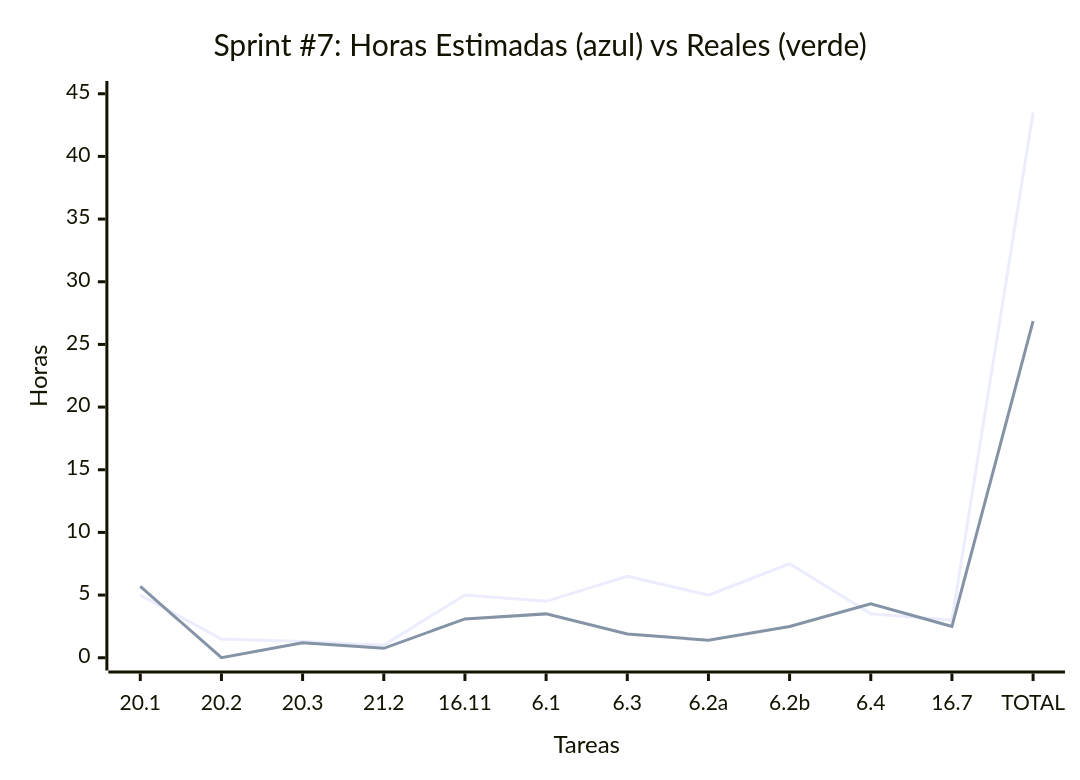
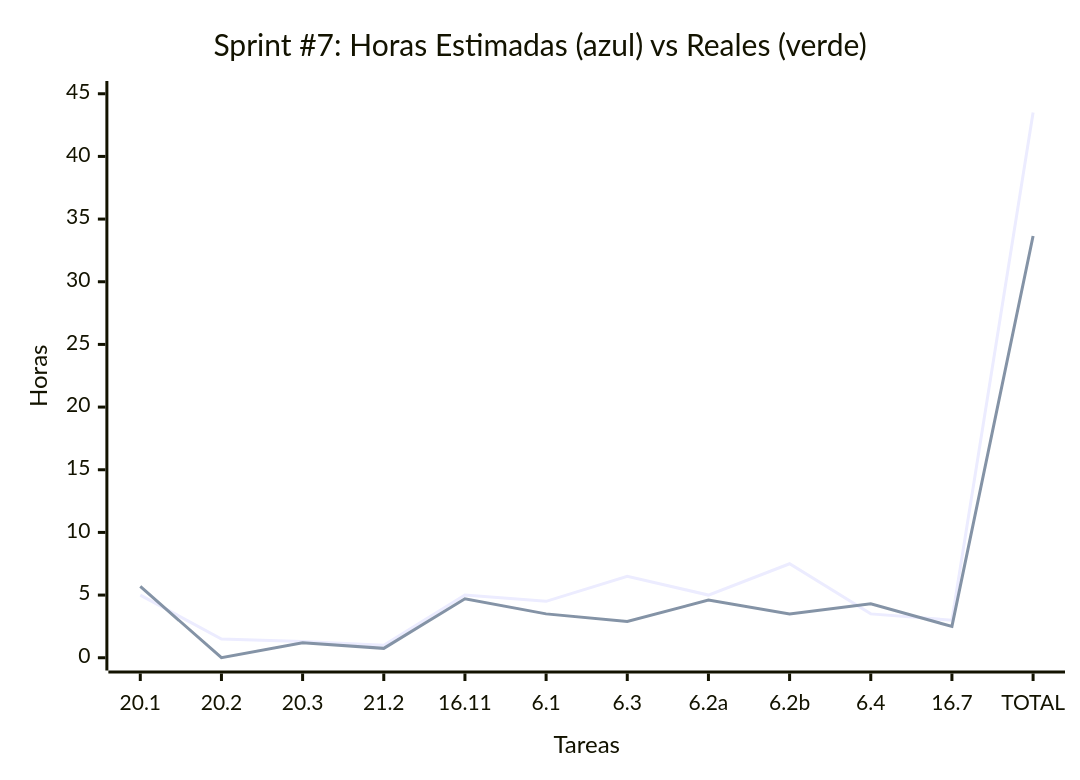
Before and after one commit to MarkMed/FleetMan: the seventh of 7 diagrams in docs/SprintsPlanning.md, drawn with Mermaid. The commit also changed other lines of this file, not shown here.

````diff
--- a/docs/SprintsPlanning.md
+++ b/docs/SprintsPlanning.md
@@ -306,12 +306,12 @@
 ```mermaid
 xychart-beta
     title "Sprint #7: Horas Estimadas (azul) vs Reales (verde)"
     x-axis "Tareas" ["20.1", "20.2", "20.3", "21.2", "16.11", "6.1", "6.3", "6.2a", "6.2b", "6.4", "16.7", "TOTAL"]
     y-axis "Horas" 0 --> 45
     
     %% Green line (estimadas)
     line [5, 1.5, 1.3, 1, 5, 4.5, 6.5, 5, 7.5, 3.5, 3, 43.5]
 
     %% Black line (reales)
-    line [5.7, 0, 1.2, 0.75, 3.1, 3.5, 1.9, 1.4, 2.5, 4.3, 2.5, 26.85]
+    line [5.7, 0, 1.2, 0.75, 4.7, 3.5, 2.9, 4.6, 3.5, 4.3, 2.5, 33.65]
 ```
````
